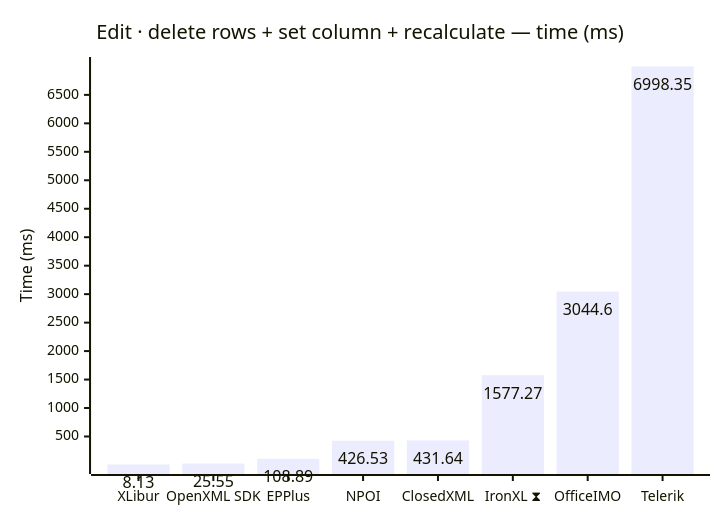
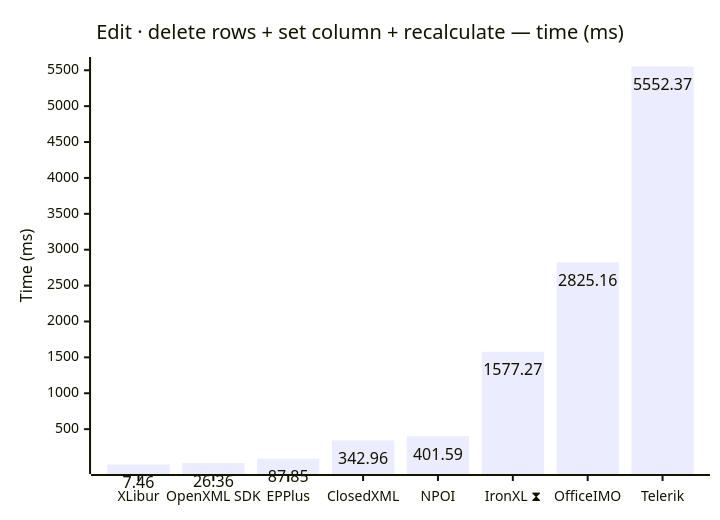
Before and after one commit to jafin/XLBench: the ninth of 12 diagrams in docs/results.md, drawn with Mermaid. The commit also changed other lines of this file and 7 other files, not shown here.

````diff
--- a/docs/results.md
+++ b/docs/results.md
@@ -146,12 +146,12 @@
 ```mermaid
 ---
 config:
   xyChart:
     showDataLabel: true
 ---
 xychart-beta
     title "Edit · delete rows + set column + recalculate — time (ms)"
-    x-axis ["XLibur", "OpenXML SDK", "EPPlus", "NPOI", "ClosedXML", "IronXL ⧗", "OfficeIMO", "Telerik"]
+    x-axis ["XLibur", "OpenXML SDK", "EPPlus", "ClosedXML", "NPOI", "IronXL ⧗", "OfficeIMO", "Telerik"]
     y-axis "Time (ms)"
-    bar [8.13, 25.55, 108.89, 426.53, 431.64, 1577.27, 3044.6, 6998.35]
+    bar [7.46, 26.36, 87.85, 342.96, 401.59, 1577.27, 2825.16, 5552.37]
 ```
````
